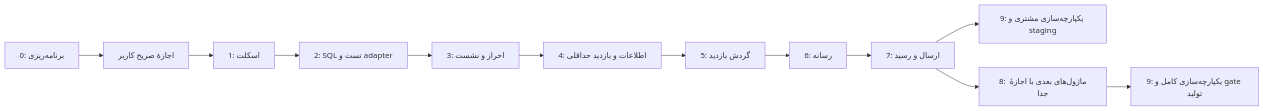
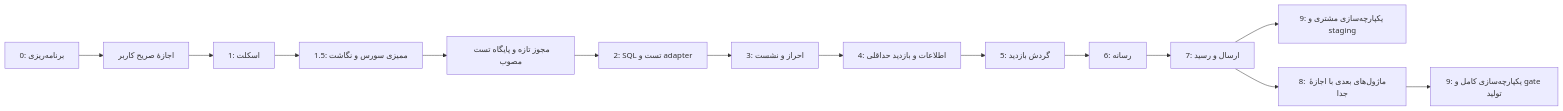
Before and after one commit to AliKeramattii/vehicle-inspection-backend: the diagram in PLAN.md, drawn with Mermaid. The commit also changed other lines of this file and 4 other files, not shown here.

Commit message:
docs: ممیزی سورس کارگزاری و آماده‌سازی نگاشت در Checkpoint 1.5

````diff
--- a/PLAN.md
+++ b/PLAN.md
@@ -9,9 +9,10 @@
 ```mermaid
 flowchart LR
   C0["0: برنامه‌ریزی"] --> A["اجازهٔ صریح کاربر"]
-  A --> C1["1: اسکلت"] --> C2["2: SQL تست و adapter"] --> C3["3: احراز و نشست"]
+  A --> C1["1: اسکلت"] --> C15["1.5: ممیزی سورس و نگاشت"]
+  C15 --> G2["مجوز تازه و پایگاه تست مصوب"] --> C2["2: SQL تست و adapter"] --> C3["3: احراز و نشست"]
   C3 --> C4["4: اطلاعات و بازدید حداقلی"] --> C5["5: گردش بازدید"] --> C6["6: رسانه"] --> C7["7: ارسال و رسید"]
   C7 --> C9["9: یکپارچه‌سازی مشتری و staging"]
   C7 --> C8["8: ماژول‌های بعدی با اجازهٔ جدا"]
   C8 --> F["9: یکپارچه‌سازی کامل و gate تولید"]
 ```
````
